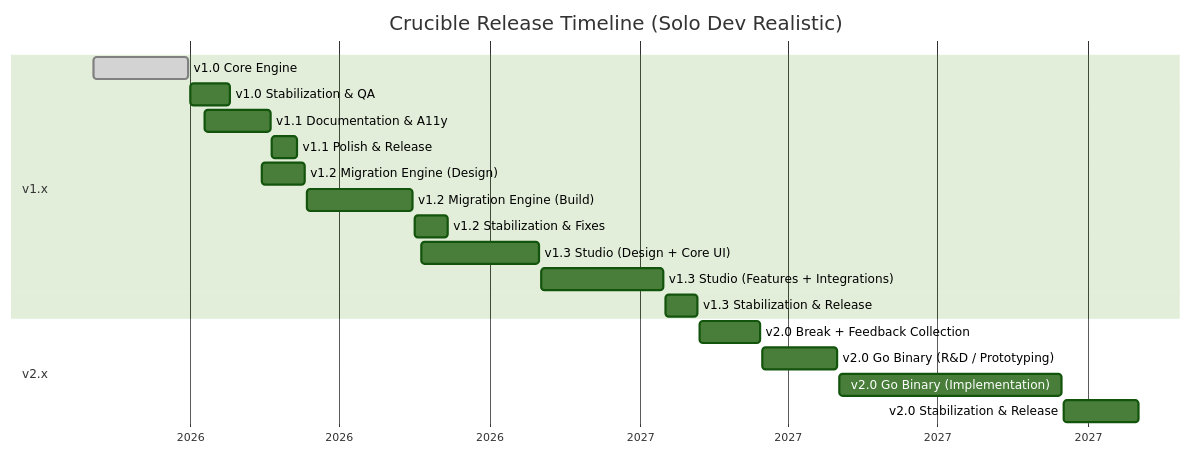
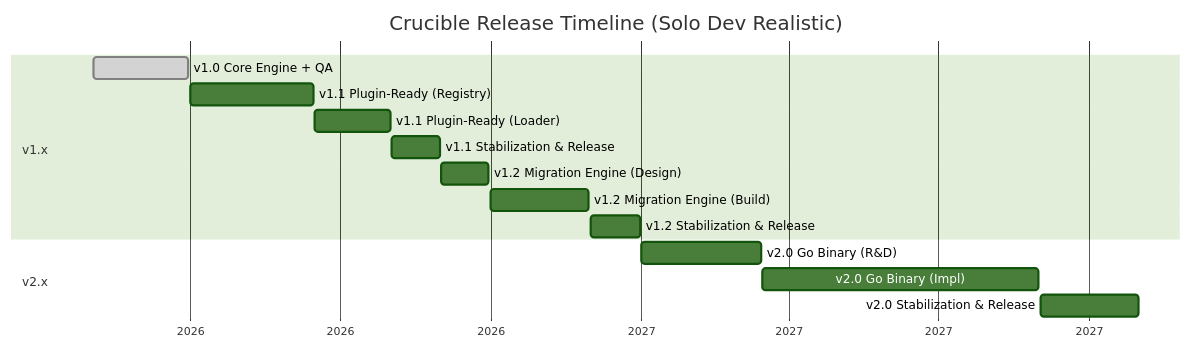
The first of 4 diagrams in ROADMAP.md (Naveen2070/project_crucible), drawn with Mermaid (forest theme) before and after one commit. The commit also changed other lines of this file, not shown here.

First line of the commit message:
docs: fix ROADMAP.md - update v1.1 to plugin-ready architecture

````diff
--- a/ROADMAP.md
+++ b/ROADMAP.md
@@ -58,29 +58,24 @@
 ```mermaid
 gantt
     title Crucible Release Timeline (Solo Dev Realistic)
     dateFormat  YYYY-MM-DD
     axisFormat  %Y
 
     section v1.x
 
-    v1.0 Core Engine            :done, 2026-02-01, 2026-03-31
-    v1.0 Stabilization & QA     :2026-04-01, 2026-04-25
+    v1.0 Core Engine + QA       :done, 2026-02-01, 2026-03-31
 
-    v1.1 Documentation & A11y   :2026-04-10, 2026-05-20
-    v1.1 Polish & Release       :2026-05-21, 2026-06-05
+    v1.1 Plugin-Ready (Registry):2026-04-01, 2026-06-15
+    v1.1 Plugin-Ready (Loader)  :2026-06-16, 2026-08-01
+    v1.1 Stabilization & Release:2026-08-02, 2026-08-31
 
-    v1.2 Migration Engine (Design) :2026-05-15, 2026-06-10
-    v1.2 Migration Engine (Build)  :2026-06-11, 2026-08-15
-    v1.2 Stabilization & Fixes     :2026-08-16, 2026-09-05
-
-    v1.3 Studio (Design + Core UI) :2026-08-20, 2026-10-31
-    v1.3 Studio (Features + Integrations) :2026-11-01, 2027-01-15
-    v1.3 Stabilization & Release   :2027-01-16, 2027-02-05
+    v1.2 Migration Engine (Design) :2026-09-01, 2026-09-30
+    v1.2 Migration Engine (Build)  :2026-10-01, 2026-11-30
+    v1.2 Stabilization & Release   :2026-12-01, 2026-12-31
 
     section v2.x
 
-    v2.0 Break + Feedback Collection  :2027-02-06, 2027-03-15
-    v2.0 Go Binary (R&D / Prototyping):2027-03-16, 2027-05-01
-    v2.0 Go Binary (Implementation)   :2027-05-02, 2027-09-15
-    v2.0 Stabilization & Release      :2027-09-16, 2027-11-01
+    v2.0 Go Binary (R&D)       :2027-01-01, 2027-03-15
+    v2.0 Go Binary (Impl)      :2027-03-16, 2027-08-31
+    v2.0 Stabilization & Release:2027-09-01, 2027-10-31
 ```
````
